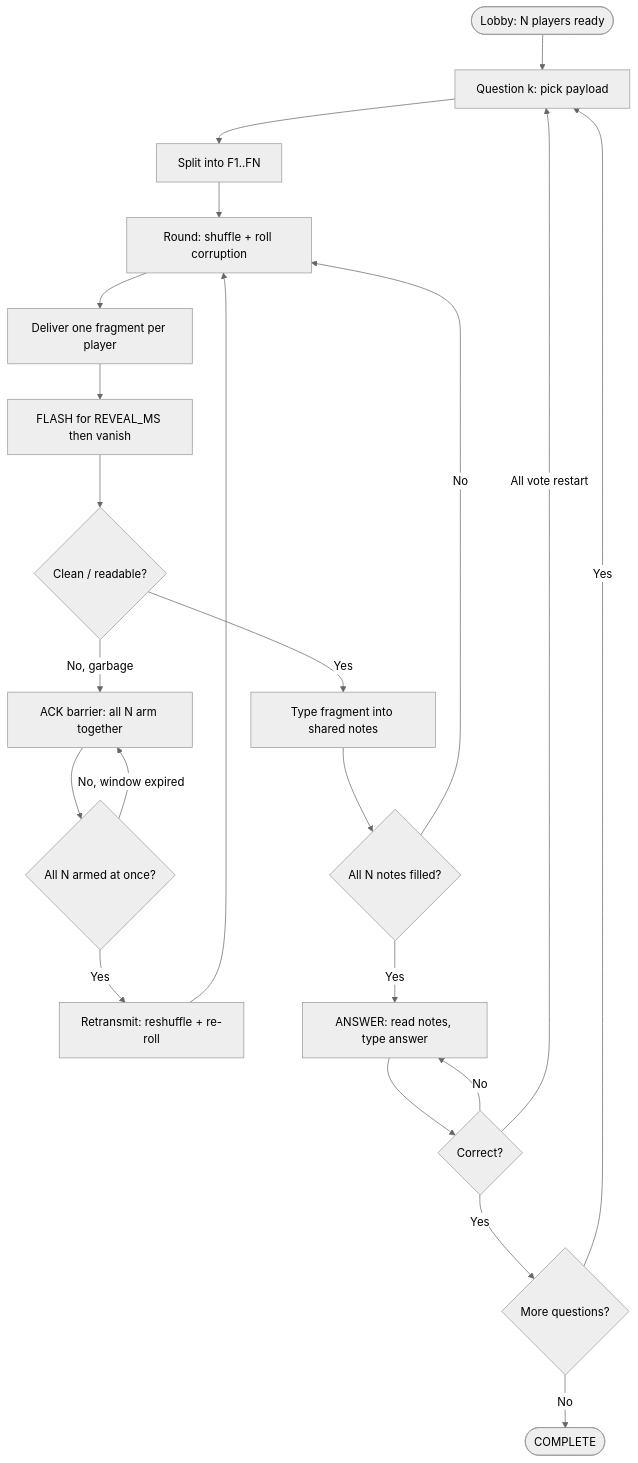
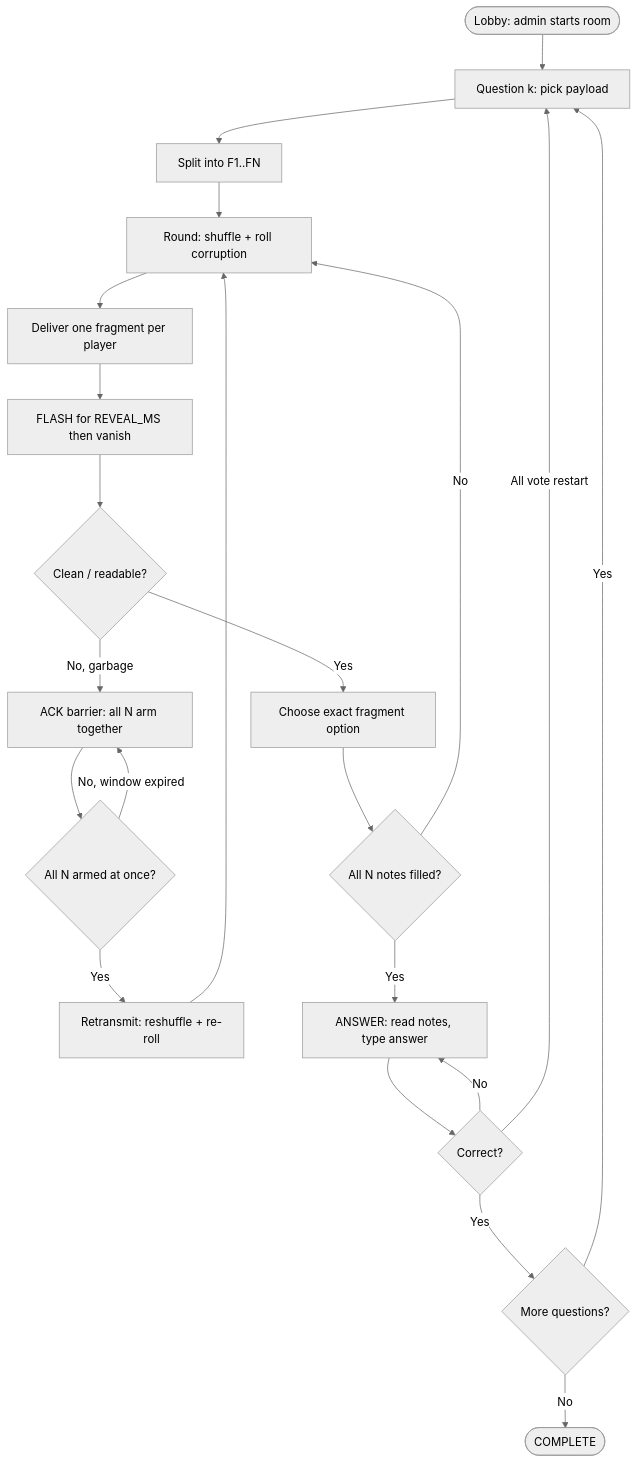
Before and after one commit to sitcon-tw/camp2026-packet-drop: the first of 2 diagrams in README.md, drawn with Mermaid (neutral theme). The commit also changed other lines of this file and 8 other files, not shown here.

Commit message:
Add admin controls and choice-based notes

````diff
--- a/README.md
+++ b/README.md
@@ -175,24 +181,24 @@
 ```mermaid
 flowchart TD
-    A([Lobby: N players ready]) --> B[Question k: pick payload]
+    A([Lobby: admin starts room]) --> B[Question k: pick payload]
     B --> C[Split into F1..FN]
     C --> D[Round: shuffle + roll corruption]
     D --> E[Deliver one fragment per player]
     E --> F[FLASH for REVEAL_MS then vanish]
     F --> G{Clean / readable?}
-    G -- Yes --> H[Type fragment into shared notes]
+    G -- Yes --> H[Choose exact fragment option]
     G -- No, garbage --> I[ACK barrier: all N arm together]
     I --> J{All N armed at once?}
     J -- No, window expired --> I
     J -- Yes --> K[Retransmit: reshuffle + re-roll]
     K --> D
     H --> L{All N notes filled?}
     L -- No --> D
     L -- Yes --> M[ANSWER: read notes, type answer]
     M --> N{Correct?}
     N -- No --> M
     N -- All vote restart --> B
     N -- Yes --> O{More questions?}
     O -- Yes --> B
     O -- No --> P([COMPLETE])
 ```
````
